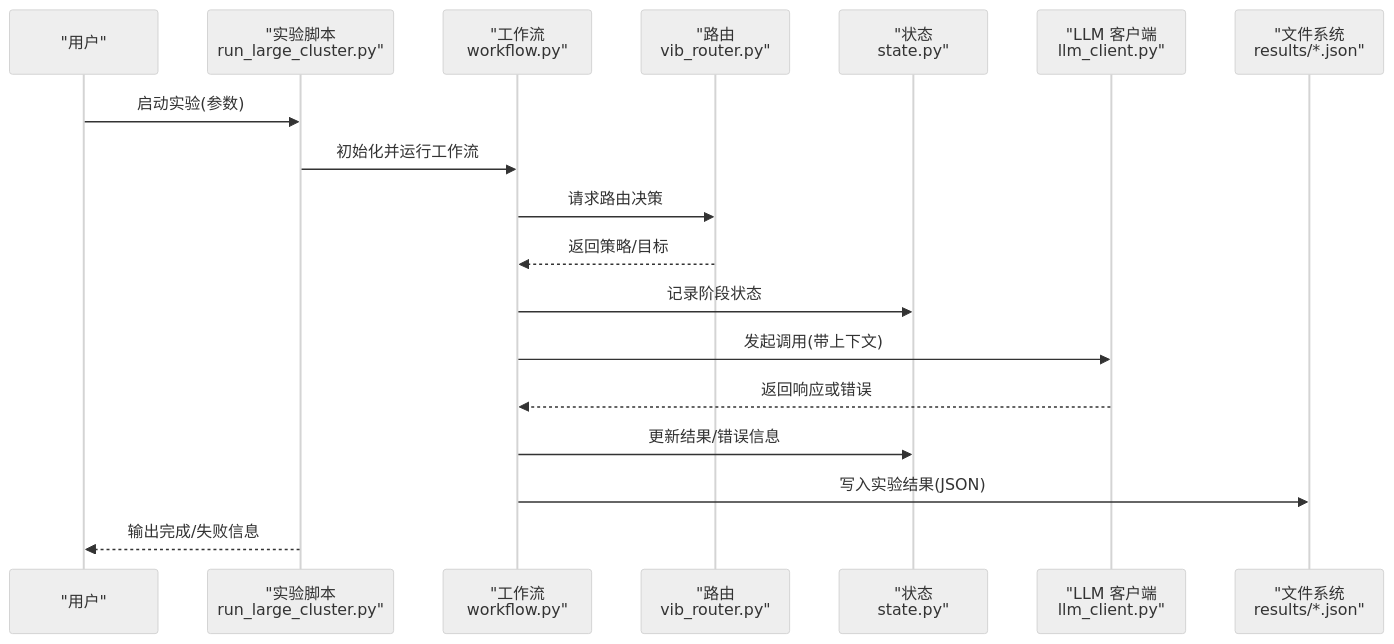
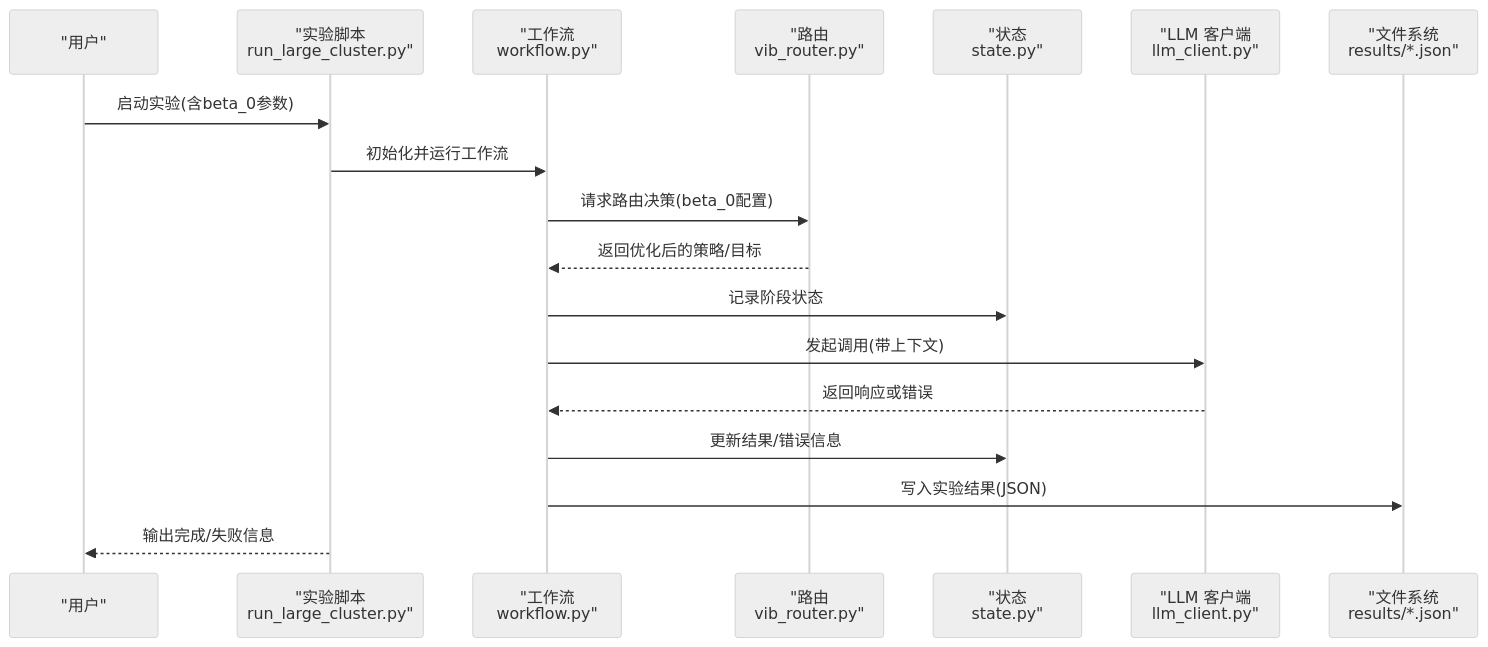
Before and after one commit to QuStarry/VIB-SparseCommunication: the second of 6 diagrams in .qoder/repowiki/zh/content/核心架构/实验框架/大规模集群实验.md, drawn with Mermaid (neutral theme). The commit also changed other lines of this file and 18 other files, not shown here.

````diff
--- a/.qoder/repowiki/zh/content/核心架构/实验框架/大规模集群实验.md
+++ b/.qoder/repowiki/zh/content/核心架构/实验框架/大规模集群实验.md
@@ -95,20 +108,20 @@
 ```mermaid
 sequenceDiagram
 participant U as "用户"
 participant CLI as "实验脚本<br/>run_large_cluster.py"
 participant WF as "工作流<br/>workflow.py"
 participant RT as "路由<br/>vib_router.py"
 participant ST as "状态<br/>state.py"
 participant LLM as "LLM 客户端<br/>llm_client.py"
 participant FS as "文件系统<br/>results/*.json"
-U->>CLI : 启动实验(参数)
+U->>CLI : 启动实验(含beta_0参数)
 CLI->>WF : 初始化并运行工作流
-WF->>RT : 请求路由决策
-RT-->>WF : 返回策略/目标
+WF->>RT : 请求路由决策(beta_0配置)
+RT-->>WF : 返回优化后的策略/目标
 WF->>ST : 记录阶段状态
 WF->>LLM : 发起调用(带上下文)
 LLM-->>WF : 返回响应或错误
 WF->>ST : 更新结果/错误信息
 WF->>FS : 写入实验结果(JSON)
 CLI-->>U : 输出完成/失败信息
 ```
````
